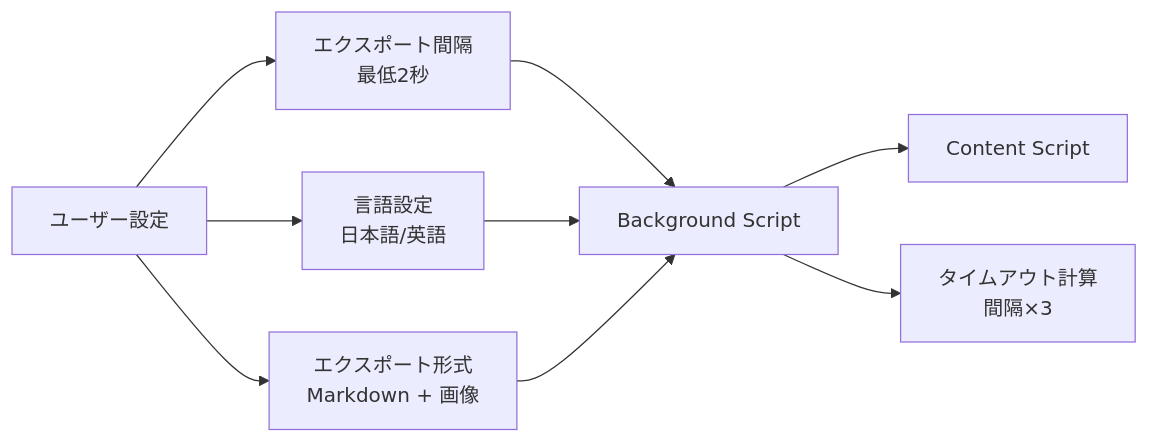
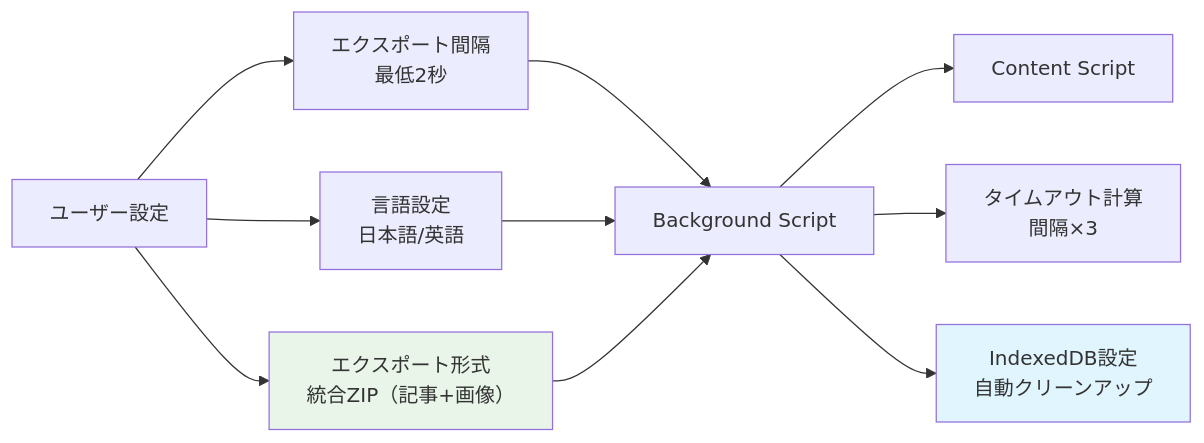
Before and after one commit to kako-jun/sync-stone: the eighth of 8 diagrams in .claude/design-document.md, drawn with Mermaid. The commit also changed other lines of this file and 1 other file, not shown here.

````diff
--- a/.claude/design-document.md
+++ b/.claude/design-document.md
@@ -327,13 +473,17 @@
 ```mermaid
 graph LR
     A[ユーザー設定] --> B[エクスポート間隔<br/>最低2秒]
     A --> C[言語設定<br/>日本語/英語]
-    A --> D[エクスポート形式<br/>Markdown + 画像]
+    A --> D[エクスポート形式<br/>統合ZIP（記事+画像）]
     
     B --> E[Background Script]
     C --> E
     D --> E
     
     E --> F[Content Script]
     E --> G[タイムアウト計算<br/>間隔×3]
+    E --> H[IndexedDB設定<br/>自動クリーンアップ]
+    
+    style D fill:#e8f5e8
+    style H fill:#e1f5fe
 ```
````
